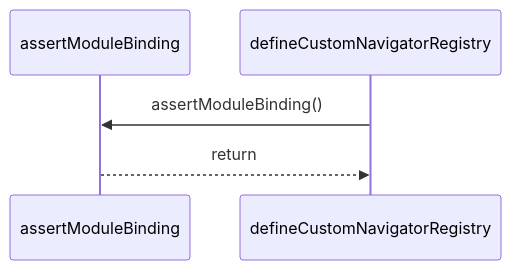
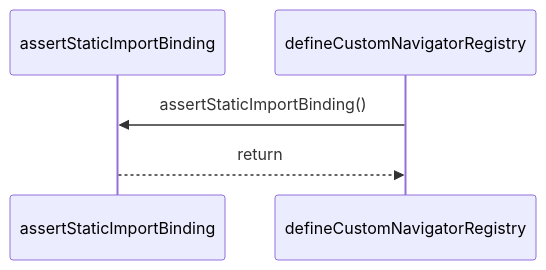
The diagram in paradox/diagrams/sequences/define-custom-navigator-registry.mmd (ankhorage/navigator), drawn with Mermaid before and after one commit. The commit also changed 94 other files, not shown here.

```diff
--- a/paradox/diagrams/sequences/define-custom-navigator-registry.mmd
+++ b/paradox/diagrams/sequences/define-custom-navigator-registry.mmd
@@ -1,5 +1,5 @@
 sequenceDiagram
-  participant participant_assertModuleBinding as assertModuleBinding
+  participant participant_assertStaticImportBinding as assertStaticImportBinding
   participant participant_defineCustomNavigatorRegistry as defineCustomNavigatorRegistry
-  participant_defineCustomNavigatorRegistry->>participant_assertModuleBinding: assertModuleBinding()
-  participant_assertModuleBinding-->>participant_defineCustomNavigatorRegistry: return
+  participant_defineCustomNavigatorRegistry->>participant_assertStaticImportBinding: assertStaticImportBinding()
+  participant_assertStaticImportBinding-->>participant_defineCustomNavigatorRegistry: return
```
